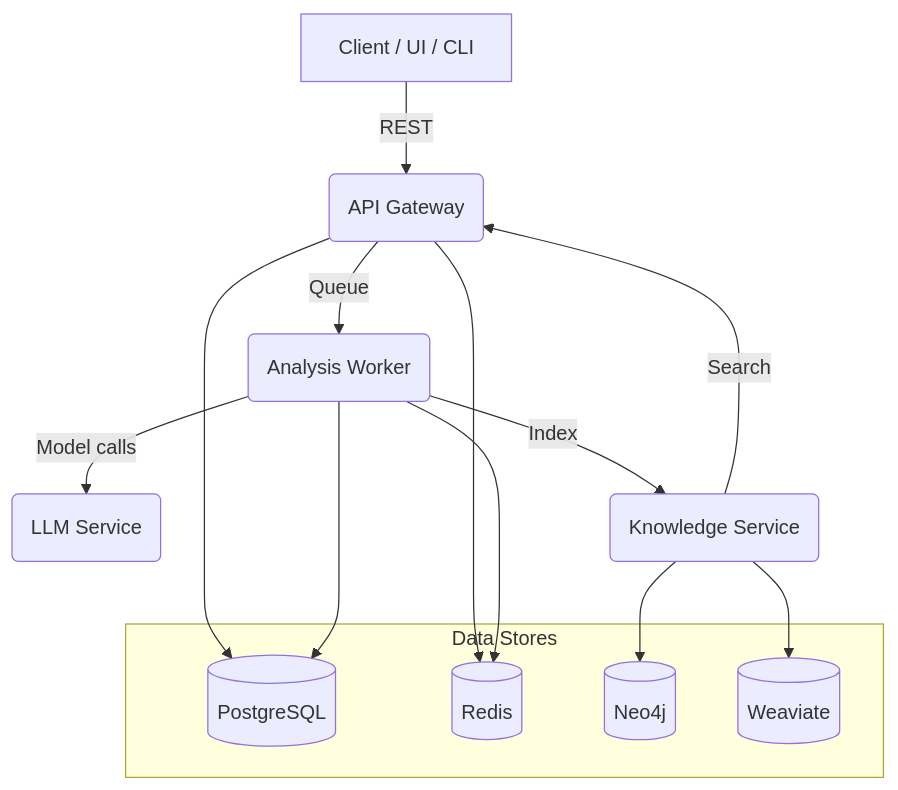
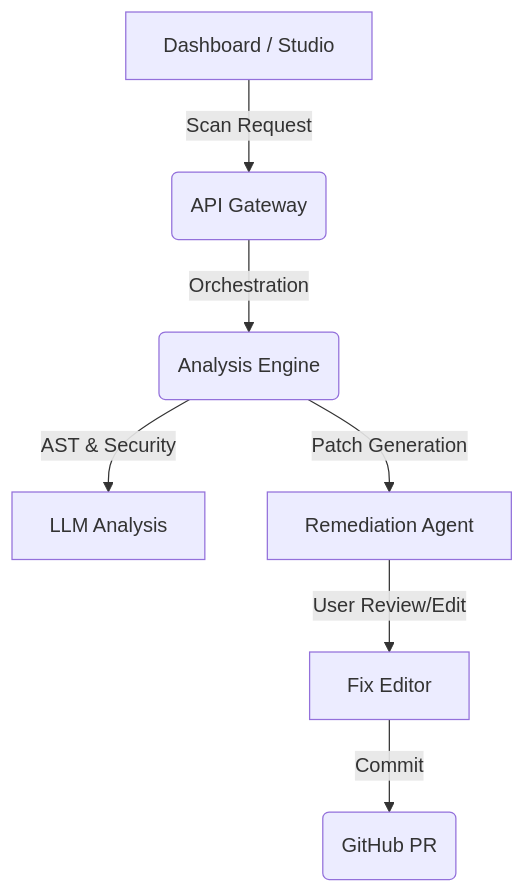
One commit to Reaobaka56/atlasstack changed the diagram in README.md. Above: the diagram before and after it, drawn with Mermaid. The commit also changed other lines of this file and 7 other files, not shown here.

````diff
--- a/README.md
+++ b/README.md
@@ -39,20 +92,9 @@
 ```mermaid
 flowchart TD
-  A[Client / UI / CLI] -->|REST| B(API Gateway)
-  B -->|Queue| C(Analysis Worker)
-  C -->|Model calls| D(LLM Service)
-  C -->|Index| E(Knowledge Service)
-  E -->|Search| B
-  subgraph Data Stores
-    F[(PostgreSQL)]
-    G[(Redis)]
-    H[(Neo4j)]
-    I[(Weaviate)]
-  end
-  B --> F
-  B --> G
-  C --> F
-  C --> G
-  E --> H
-  E --> I
+  A[Dashboard / Studio] -->|Scan Request| B(API Gateway)
+  B -->|Orchestration| C(Analysis Engine)
+  C -->|AST & Security| D[LLM Analysis]
+  C -->|Patch Generation| E[Remediation Agent]
+  E -->|User Review/Edit| F[Fix Editor]
+  F -->|Commit| G(GitHub PR)
 ```
````
